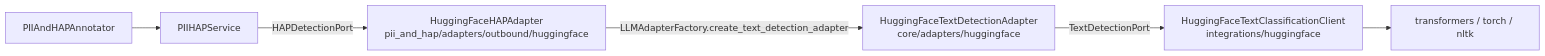
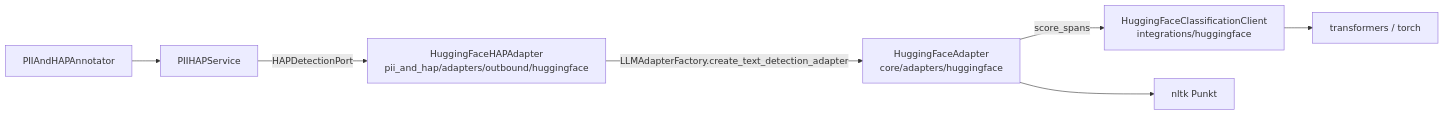
One commit to docling-project/docling-pipelines changed the diagram in openspec/changes/add-huggingface-hap-provider/design.md. Above: the diagram before and after it, drawn with Mermaid. The commit also changed other lines of this file and 34 other files, not shown here.

Commit message:
feat(pii_and_hap): add local Hugging Face HAP detection provider

````diff
--- a/openspec/changes/add-huggingface-hap-provider/design.md
+++ b/openspec/changes/add-huggingface-hap-provider/design.md
@@ -31,8 +32,9 @@
 ```mermaid
 graph LR
     A[PIIAndHAPAnnotator] --> B[PIIHAPService]
     B -->|HAPDetectionPort| C[HuggingFaceHAPAdapter<br/>pii_and_hap/adapters/outbound/huggingface]
-    C -->|LLMAdapterFactory.create_text_detection_adapter| D[HuggingFaceTextDetectionAdapter<br/>core/adapters/huggingface]
-    D -->|TextDetectionPort| E[HuggingFaceTextClassificationClient<br/>integrations/huggingface]
-    E --> F[transformers / torch / nltk]
+    C -->|LLMAdapterFactory.create_text_detection_adapter| D[HuggingFaceAdapter<br/>core/adapters/huggingface]
+    D -->|score_spans| E[HuggingFaceClassificationClient<br/>integrations/huggingface]
+    E --> F[transformers / torch]
+    D --> G[nltk Punkt]
 ```
````
